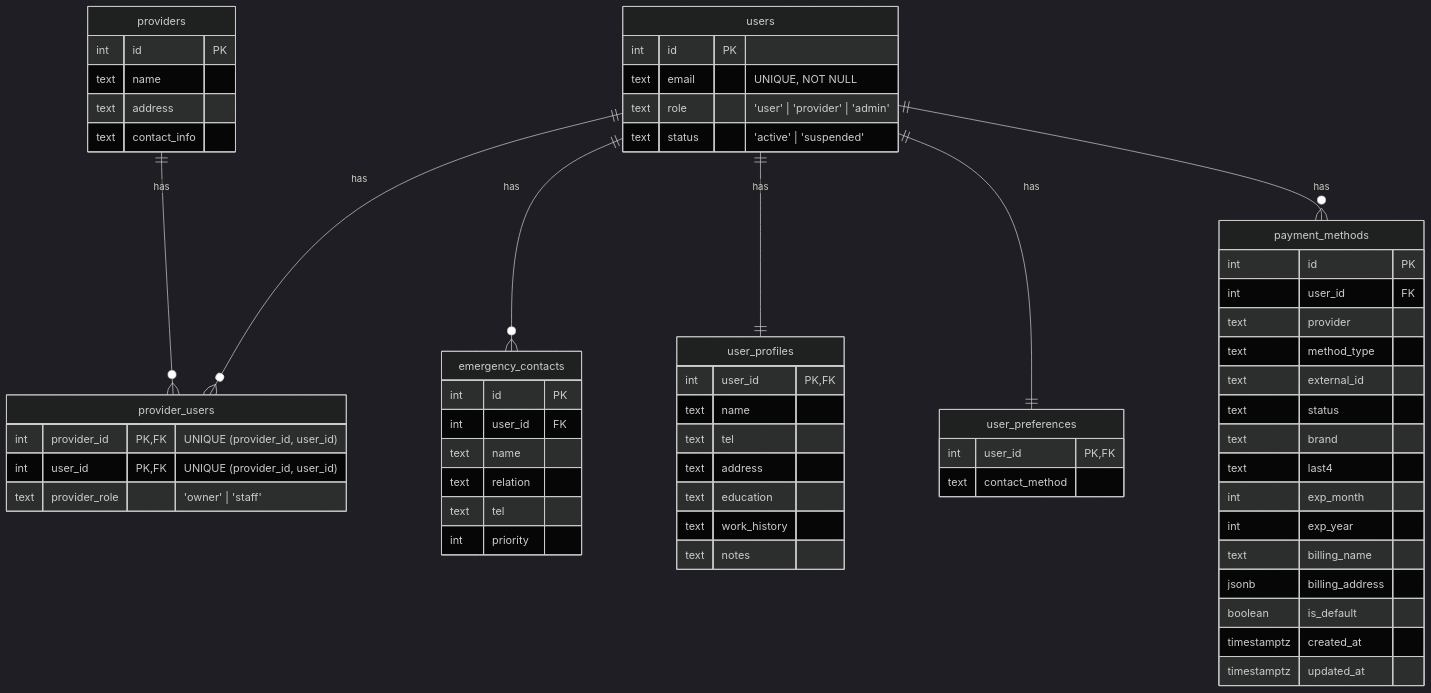
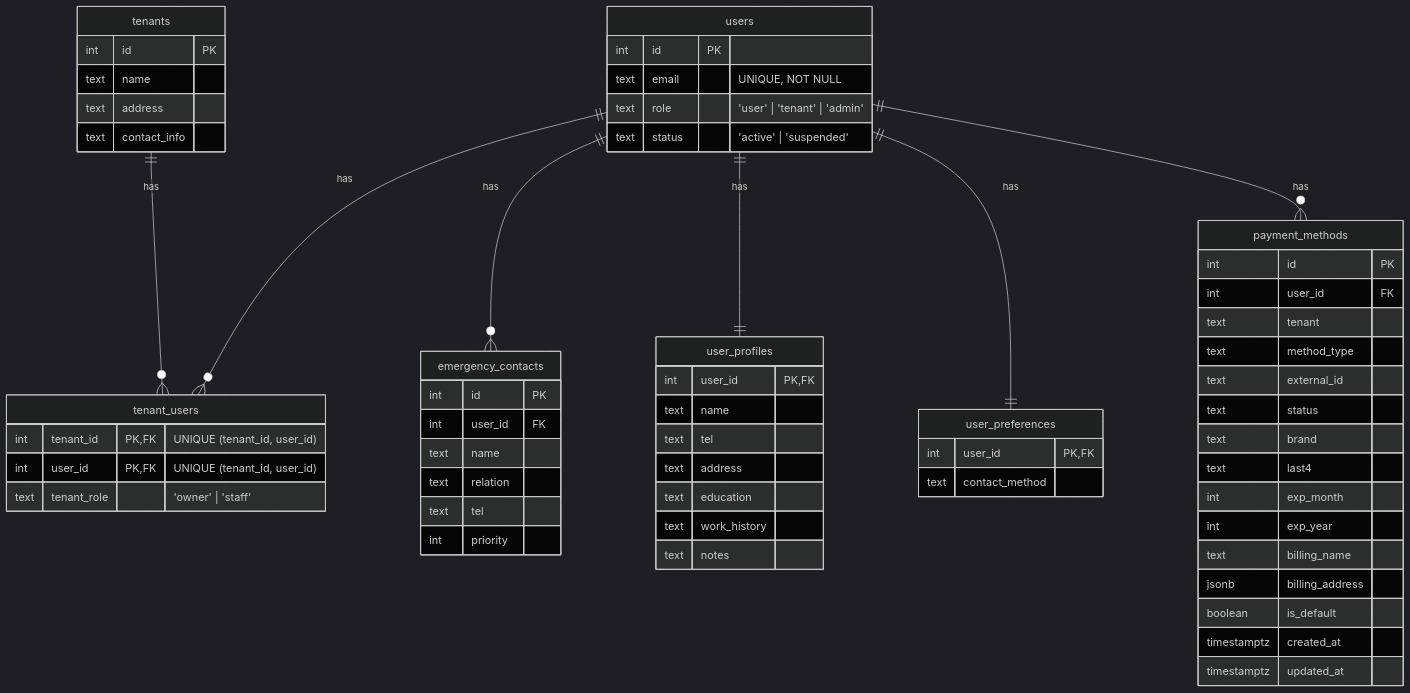
One commit to t0kio2/community-hub changed the diagram in api/docs/ER.md. Above: the diagram before and after it, drawn with Mermaid (dark theme). The commit also changed other lines of this file and 19 other files, not shown here.

````diff
--- a/api/docs/ER.md
+++ b/api/docs/ER.md
@@ -3,79 +3,79 @@
 ```mermaid
 erDiagram
   users {
     int id PK
     text email　"UNIQUE, NOT NULL"
-    text role "'user' | 'provider' | 'admin'"
+    text role "'user' | 'tenant' | 'admin'"
     text status "'active' | 'suspended'"
   }
 
-  provider_users {
-    int provider_id PK, FK "UNIQUE (provider_id, user_id)"
-    int user_id PK, FK "UNIQUE (provider_id, user_id)"
-    %% UNIQUE (provider_id, user_id)
-    text provider_role "'owner' | 'staff'"
+  tenant_users {
+    int tenant_id PK, FK "UNIQUE (tenant_id, user_id)"
+    int user_id PK, FK "UNIQUE (tenant_id, user_id)"
+    %% UNIQUE (tenant_id, user_id)
+    text tenant_role "'owner' | 'staff'"
   }
 
-  providers {
+  tenants {
     int id PK
     text name
     text address
     text contact_info
   }
-  
+
   %% Relationships
-  users ||--o{ provider_users : has
-  providers ||--o{ provider_users : has
+  users ||--o{ tenant_users : has
+  tenants ||--o{ tenant_users : has
 
   emergency_contacts {
     int id PK
     int user_id FK
     text name
     text relation
     text tel
     int priority
   }
 
   %% 1対多
   users ||--o{ emergency_contacts : has
 
   user_profiles {
     int user_id PK, FK
     text name
     text tel
     text address
     text education
     text work_history
     text notes
   }
 
   users ||--|| user_profiles : has
 
   user_preferences {
     int user_id PK, FK
     text contact_method
   }
 
   users ||--|| user_preferences : has
 
   payment_methods {
     int id PK
     int user_id FK
-    text provider
+    text tenant
     text method_type
     text external_id
     text status
     text brand
     text last4
     int exp_month
     int exp_year
     text billing_name
     jsonb billing_address
     boolean is_default
     timestamptz created_at
     timestamptz updated_at
   }
 
   users ||--o{ payment_methods : has
 
 ```
````
